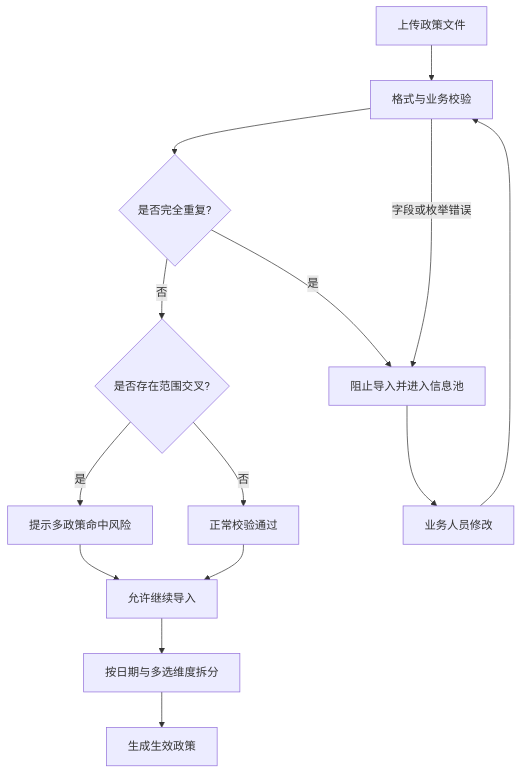
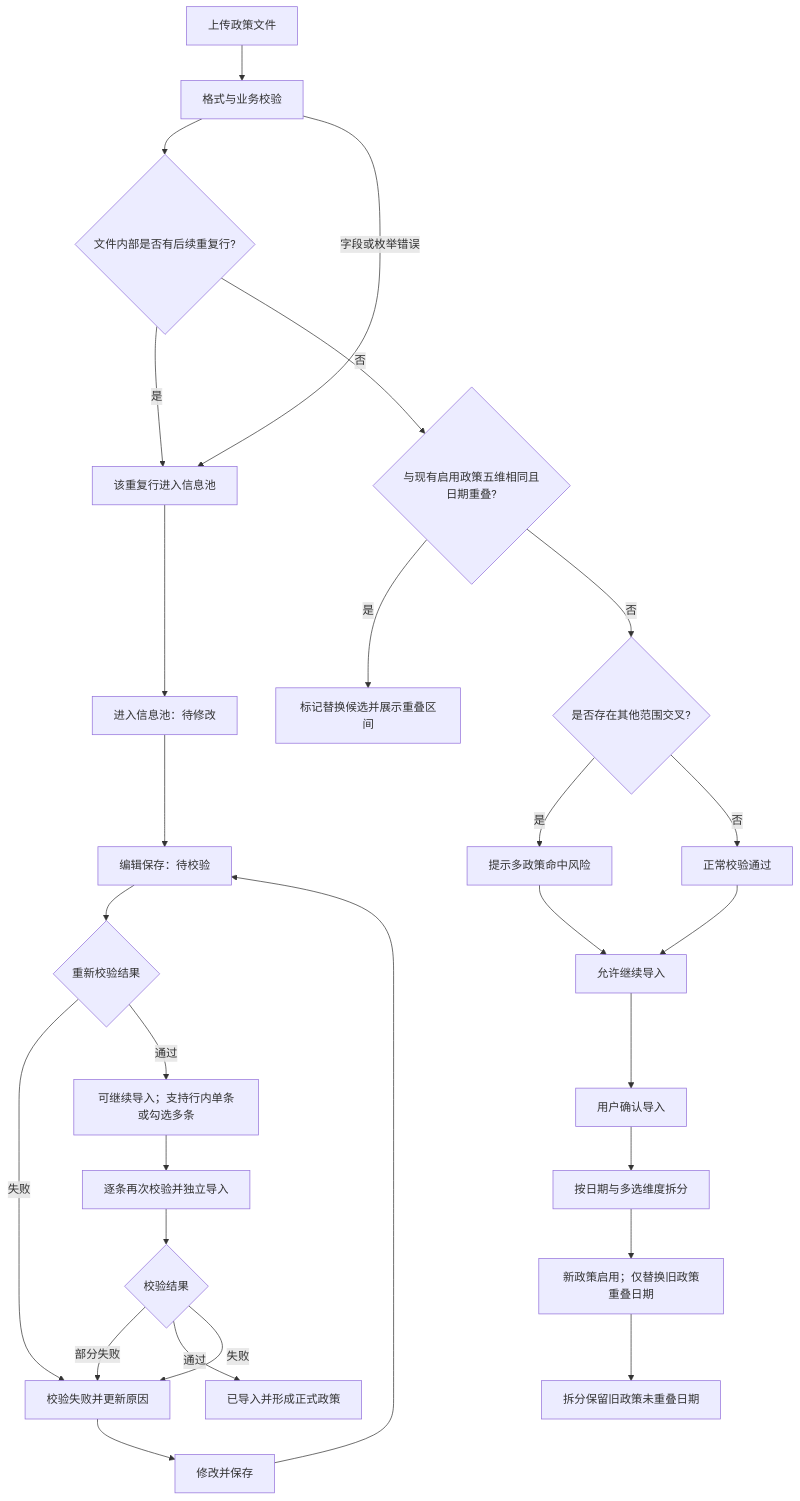
One commit to lichen-lc123/wangdianfanli changed the third of 8 diagrams in 03-产品设计/02-网点返利端到端业务流程图.md. Above: the diagram before and after it, drawn with Mermaid. The commit also changed other lines of this file and 22 other files, not shown here.

````diff
--- a/03-产品设计/02-网点返利端到端业务流程图.md
+++ b/03-产品设计/02-网点返利端到端业务流程图.md
@@ -42,16 +44,30 @@
 ```mermaid
 graph TD
     A[上传政策文件] --> B[格式与业务校验]
-    B --> C{是否完全重复?}
-    C -->|是| D[阻止导入并进入信息池]
-    C -->|否| E{是否存在范围交叉?}
-    E -->|是| F[提示多政策命中风险]
-    E -->|否| G[正常校验通过]
-    F --> H[允许继续导入]
-    G --> H
+    B --> C{文件内部是否有后续重复行?}
+    C -->|是| D[该重复行进入信息池]
+    C -->|否| E{与现有启用政策五维相同且日期重叠?}
+    E -->|是| F[标记替换候选并展示重叠区间]
+    E -->|否| G{是否存在其他范围交叉?}
+    G -->|是| H[提示多政策命中风险]
+    G -->|否| I[正常校验通过]
+    H --> J[允许继续导入]
+    I --> J
     B -->|字段或枚举错误| D
-    D --> I[业务人员修改]
-    I --> B
-    H --> J[按日期与多选维度拆分]
-    J --> K[生成生效政策]
+    D --> Q[进入信息池：待修改]
+    Q --> R[编辑保存：待校验]
+    R --> S{重新校验结果}
+    S -->|失败| T[校验失败并更新原因]
+    T --> U[修改并保存]
+    U --> R
+    S -->|通过| V[可继续导入；支持行内单条或勾选多条]
+    V --> W[逐条再次校验并独立导入]
+    W --> X{校验结果}
+    X -->|部分失败| T
+    X -->|通过| Y[已导入并形成正式政策]
+    X -->|失败| T
+    J --> L[用户确认导入]
+    L --> M[按日期与多选维度拆分]
+    M --> N[新政策启用；仅替换旧政策重叠日期]
+    N --> O[拆分保留旧政策未重叠日期]
 ```
````
